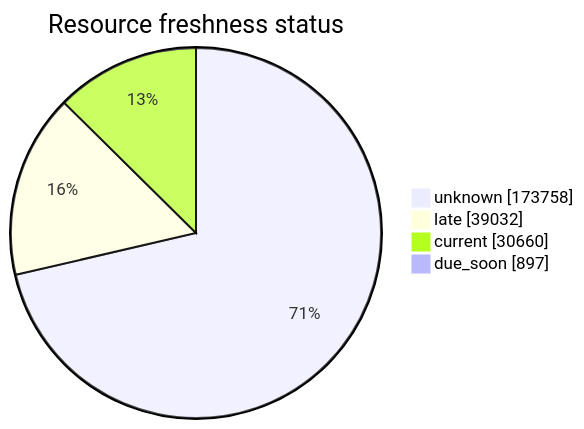
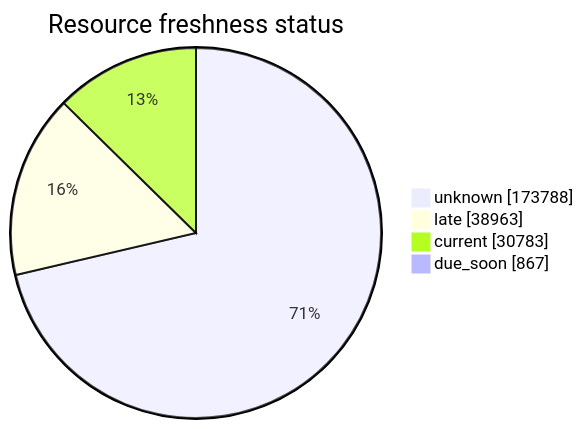
The third of 5 diagrams in FreshCheck/README.md (open-data/analytics-corporate-reporting), drawn with Mermaid before and after one commit. The commit also changed other lines of this file and 3 other files, not shown here.

````diff
--- a/FreshCheck/README.md
+++ b/FreshCheck/README.md
@@ -77,7 +77,7 @@
 ```mermaid
 pie showData title Resource freshness status
-    "unknown": 173758
-    "late": 39032
-    "current": 30660
-    "due_soon": 897
+    "unknown": 173788
+    "late": 38963
+    "current": 30783
+    "due_soon": 867
 ```
````
